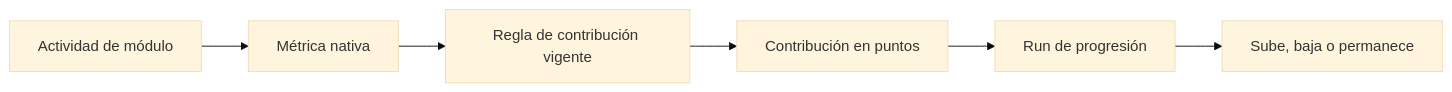
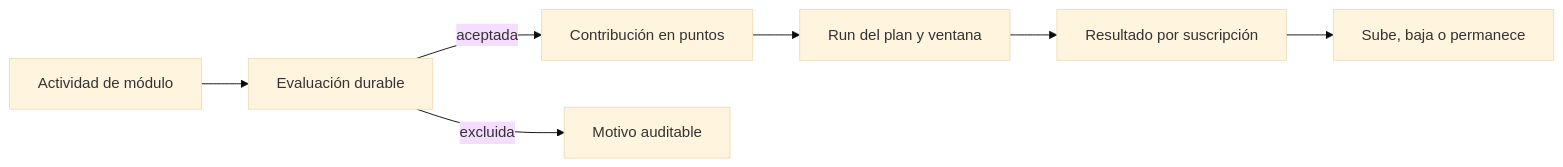
Before and after one commit to MMTech-Solutions/ib-service: the second of 3 diagrams in docs/bds/progression.bds.md, drawn with Mermaid (base theme). The commit also changed other lines of this file and 20 other files, not shown here.

First line of the commit message:
Document Progression BDS and PG1 roadmap with plan period rules.

````diff
--- a/docs/bds/progression.bds.md
+++ b/docs/bds/progression.bds.md
@@ -28,8 +51,9 @@
 ```mermaid
 flowchart LR
-    A[Actividad de módulo] --> B[Métrica nativa]
-    B --> C[Regla de contribución vigente]
-    C --> D[Contribución en puntos]
-    D --> E[Run de progresión]
-    E --> F[Sube, baja o permanece]
+    A[Actividad de módulo] --> B[Evaluación durable]
+    B -->|aceptada| C[Contribución en puntos]
+    B -->|excluida| D[Motivo auditable]
+    C --> E[Run del plan y ventana]
+    E --> F[Resultado por suscripción]
+    F --> G[Sube, baja o permanece]
 ```
````
